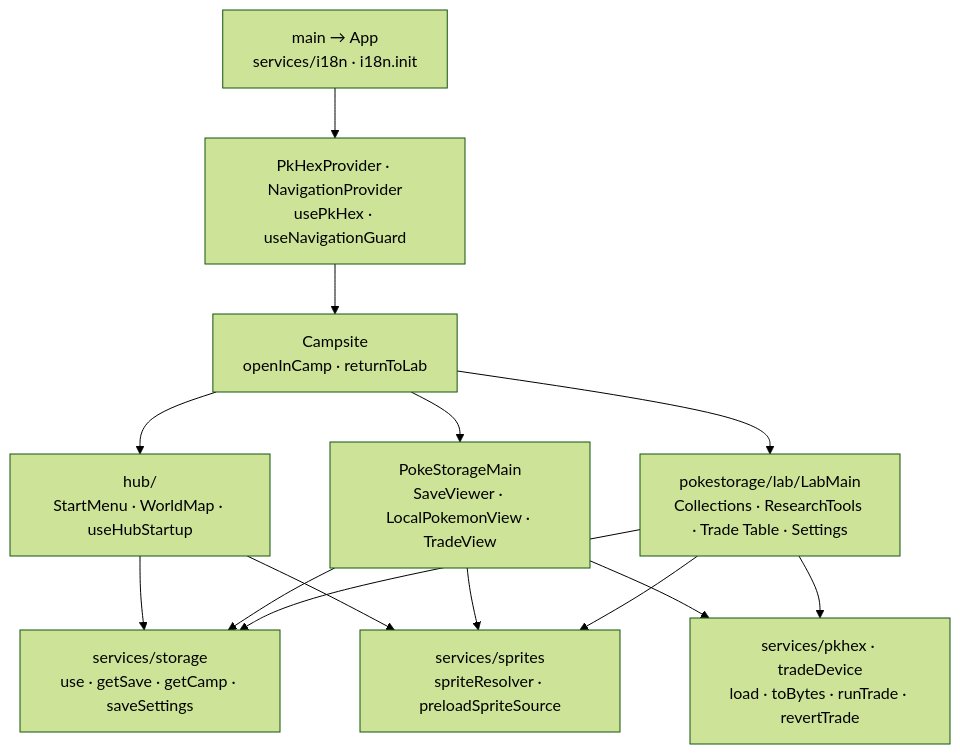
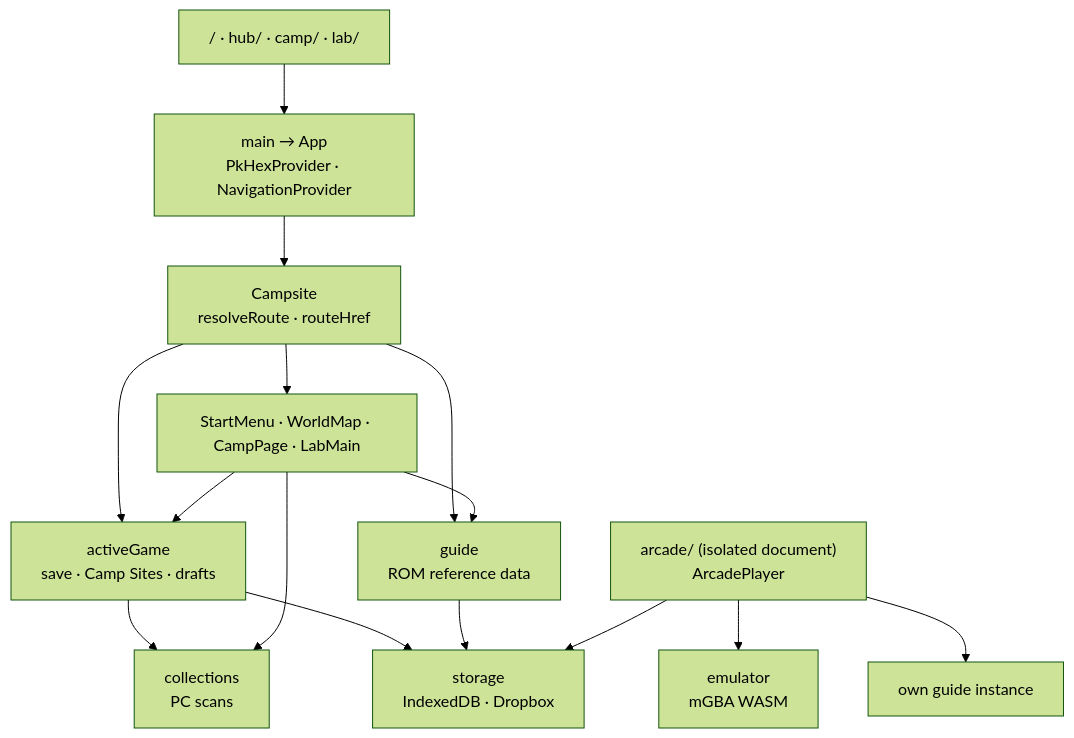
The diagram in ARCHITECTURE.md (MercuryEnigma/pkcamp), drawn with Mermaid (forest theme) before and after one commit. The commit also changed other lines of this file and 145 other files, not shown here.

````diff
--- a/ARCHITECTURE.md
+++ b/ARCHITECTURE.md
@@ -16,11 +27,14 @@
 ```mermaid
 flowchart TB
-  Entry["main → App<br/>services/i18n · i18n.init"] --> Providers["PkHexProvider · NavigationProvider<br/>usePkHex · useNavigationGuard"]
-  Providers --> Shell["Campsite<br/>openInCamp · returnToLab"]
-  Shell --> Hub["hub/<br/>StartMenu · WorldMap · useHubStartup"]
-  Shell --> Camp["PokeStorageMain<br/>SaveViewer · LocalPokemonView · TradeView"]
-  Shell --> Lab["pokestorage/lab/LabMain<br/>Collections · ResearchTools · Trade Table · Settings"]
-  Hub & Camp & Lab --> Storage["services/storage<br/>use · getSave · getCamp · saveSettings"]
-  Camp & Lab --> Data["services/pkhex · tradeDevice<br/>load · toBytes · runTrade · revertTrade"]
-  Hub & Camp & Lab --> Sprites["services/sprites<br/>spriteResolver · preloadSpriteSource"]
+  Entries["/ · hub/ · camp/ · lab/"] --> App["main → App<br/>PkHexProvider · NavigationProvider"]
+  App --> Shell["Campsite<br/>resolveRoute · routeHref"]
+  Shell --> Pages["StartMenu · WorldMap · CampPage · LabMain"]
+  Shell --> Active["activeGame<br/>save · Camp Sites · drafts"]
+  Shell --> Guide["guide<br/>ROM reference data"]
+  Active --> Collections["collections<br/>PC scans"]
+  Pages --> Active & Collections & Guide
+  Active & Guide --> Storage["storage<br/>IndexedDB · Dropbox"]
+  Arcade["arcade/ (isolated document)<br/>ArcadePlayer"] --> Emulator["emulator<br/>mGBA WASM"]
+  Arcade --> Storage
+  Arcade --> Guide2["own guide instance"]
 ```
````
